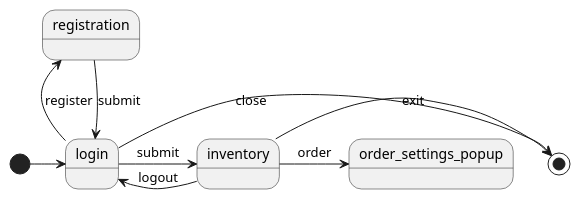
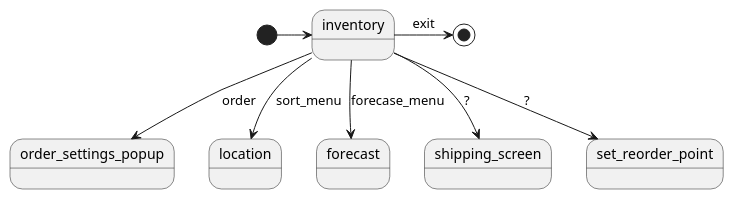
The diagram in state.plantuml (Keith-Bateman/project-storizon), drawn with PlantUML before and after one commit. The commit also changed 3 other files, not shown here.

Commit message:
Made basic UI with menu, temporarily removed login, modified state diagram source

```diff
--- a/state.plantuml
+++ b/state.plantuml
@@ -1,12 +1,9 @@
 @startuml
-[*] -> login
-login -> [*] : close
-login -> inventory : submit
-'inventory screen is a graphical representation of inventory information
-login -up-> registration : register
-'registration screen allows new users to be added to the system
-registration --> login : submit
-inventory -> login : logout
-inventory -> order_settings_popup : order
+[*] -> inventory
 inventory -> [*] : exit
+inventory --> order_settings_popup : order
+inventory --> location : sort_menu
+inventory --> forecast : forecase_menu
+inventory --> shipping_screen : ?
+inventory --> set_reorder_point : ?
 @enduml
```
